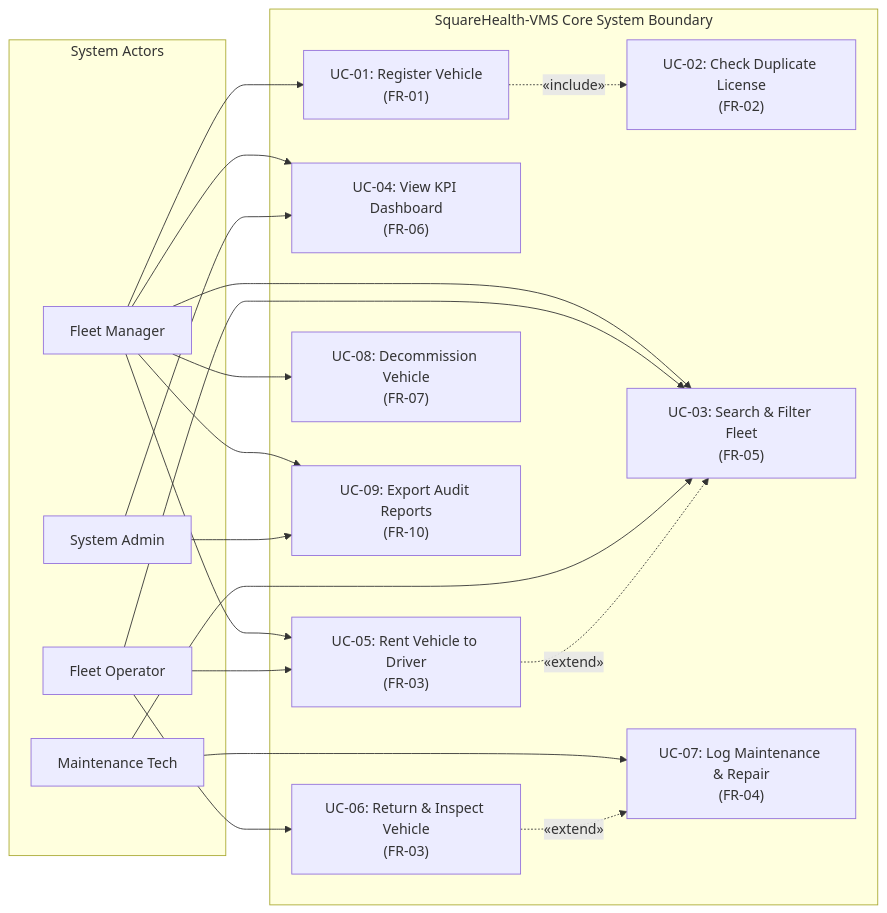
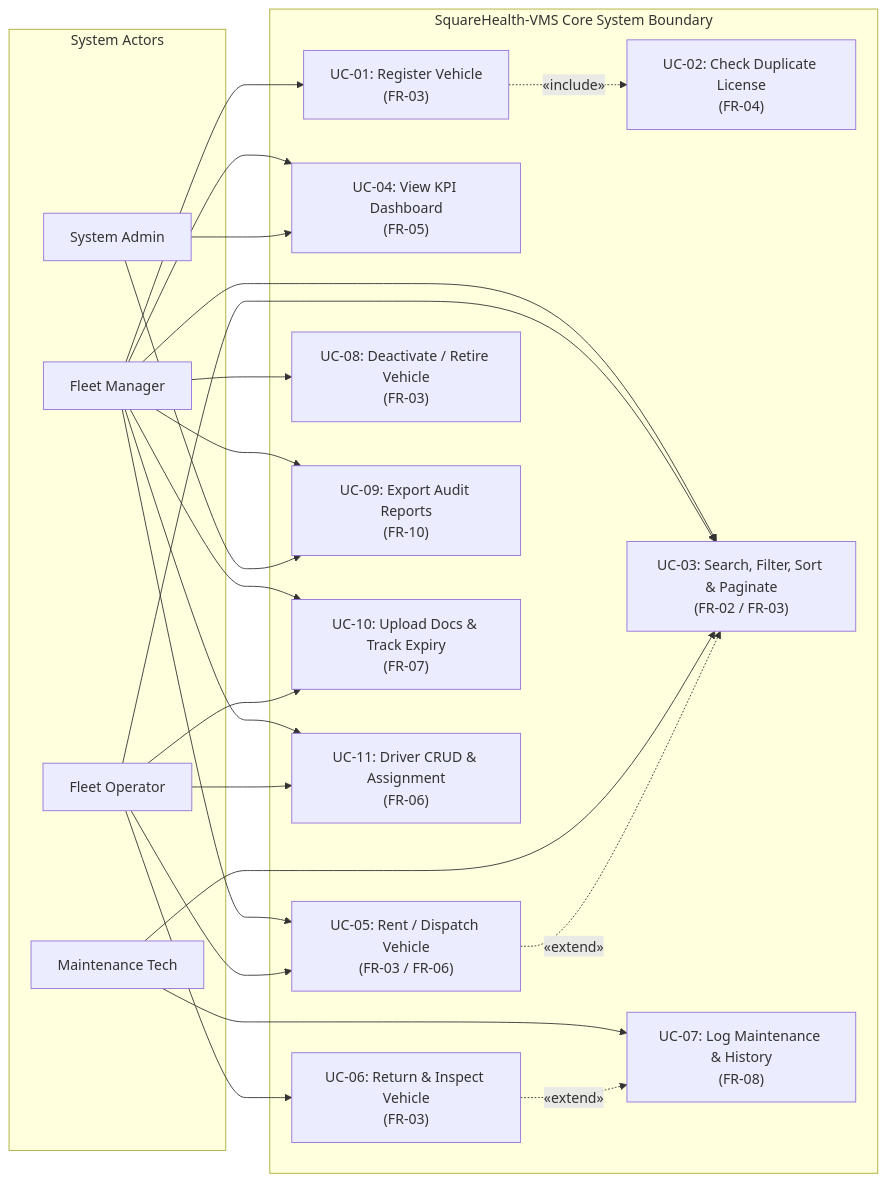
Before and after one commit to AkmKawser/SquareHealth-VMS: the fifth of 12 diagrams in System_Requirements/System Requirements and UML Diagrams.md, drawn with Mermaid. The commit also changed other lines of this file and 1 other file, not shown here.

````diff
--- a/System_Requirements/System Requirements and UML Diagrams.md
+++ b/System_Requirements/System Requirements and UML Diagrams.md
@@ -353,42 +369,48 @@
 ```mermaid
 flowchart LR
     subgraph Actors["System Actors"]
         FM["Fleet Manager"]
         OP["Fleet Operator"]
         MT["Maintenance Tech"]
         SA["System Admin"]
     end
 
     subgraph Boundaries["SquareHealth-VMS Core System Boundary"]
-        UC1["UC-01: Register Vehicle\n(FR-01)"]
-        UC2["UC-02: Check Duplicate License\n(FR-02)"]
-        UC3["UC-03: Search & Filter Fleet\n(FR-05)"]
-        UC4["UC-04: View KPI Dashboard\n(FR-06)"]
-        UC5["UC-05: Rent Vehicle to Driver\n(FR-03)"]
+        UC1["UC-01: Register Vehicle\n(FR-03)"]
+        UC2["UC-02: Check Duplicate License\n(FR-04)"]
+        UC3["UC-03: Search, Filter, Sort & Paginate\n(FR-02 / FR-03)"]
+        UC4["UC-04: View KPI Dashboard\n(FR-05)"]
+        UC5["UC-05: Rent / Dispatch Vehicle\n(FR-03 / FR-06)"]
         UC6["UC-06: Return & Inspect Vehicle\n(FR-03)"]
-        UC7["UC-07: Log Maintenance & Repair\n(FR-04)"]
-        UC8["UC-08: Decommission Vehicle\n(FR-07)"]
+        UC7["UC-07: Log Maintenance & History\n(FR-08)"]
+        UC8["UC-08: Deactivate / Retire Vehicle\n(FR-03)"]
         UC9["UC-09: Export Audit Reports\n(FR-10)"]
+        UC10["UC-10: Upload Docs & Track Expiry\n(FR-07)"]
+        UC11["UC-11: Driver CRUD & Assignment\n(FR-06)"]
     end
 
     FM --> UC1
     FM --> UC3
     FM --> UC4
     FM --> UC5
     FM --> UC8
     FM --> UC9
+    FM --> UC10
+    FM --> UC11
 
     OP --> UC3
     OP --> UC5
     OP --> UC6
+    OP --> UC10
+    OP --> UC11
 
     MT --> UC7
     MT --> UC3
 
     SA --> UC9
     SA --> UC4
 
     UC1 -.->|"«include»"| UC2
     UC5 -.->|"«extend»"| UC3
     UC6 -.->|"«extend»"| UC7
 ```
````
